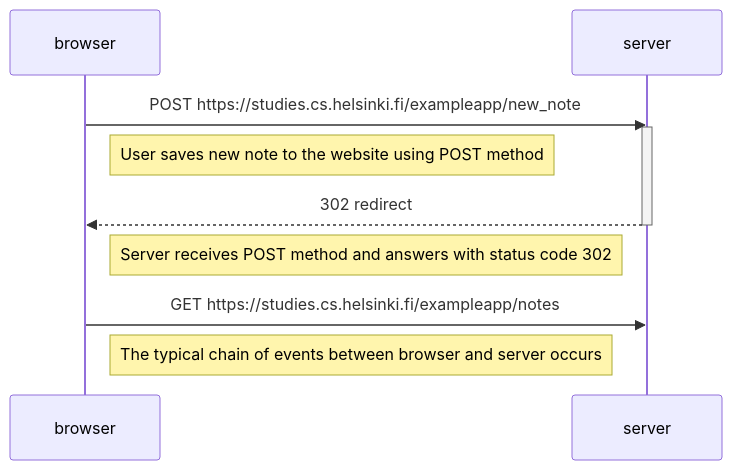
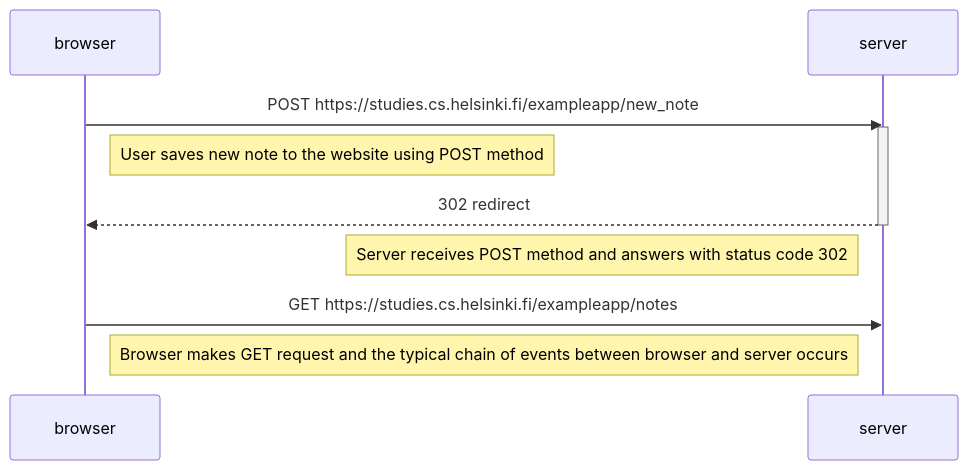
Before and after one commit to Waltter2211/Full-stack-palautus: the diagram in Tehtävä 0.4.md, drawn with Mermaid.

Commit message:
Update Tehtävä 0.4.md

````diff
--- a/Tehtävä 0.4.md
+++ b/Tehtävä 0.4.md
@@ -1,14 +1,14 @@
 ```mermaid
 sequenceDiagram
     participant browser
     participant server
     
     browser->>server: POST https://studies.cs.helsinki.fi/exampleapp/new_note
     activate server
     Note right of browser: User saves new note to the website using POST method
     server-->>browser: 302 redirect
     deactivate server
     Note left of server: Server receives POST method and answers with status code 302
     browser->>server: GET https://studies.cs.helsinki.fi/exampleapp/notes
-    Note right of browser: The typical chain of events between browser and server occurs
+    Note right of browser: Browser makes GET request and the typical chain of events between browser and server occurs
 ```
````
